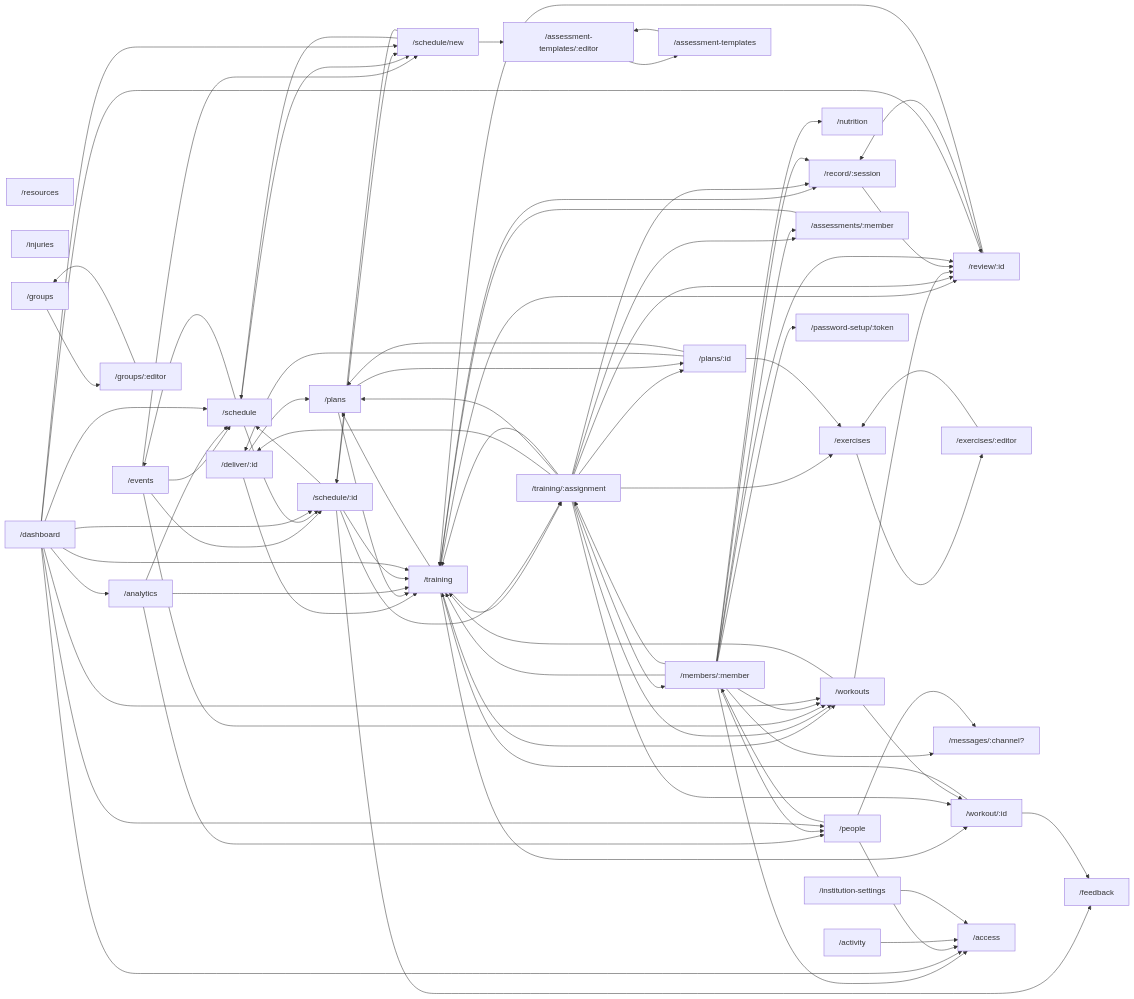
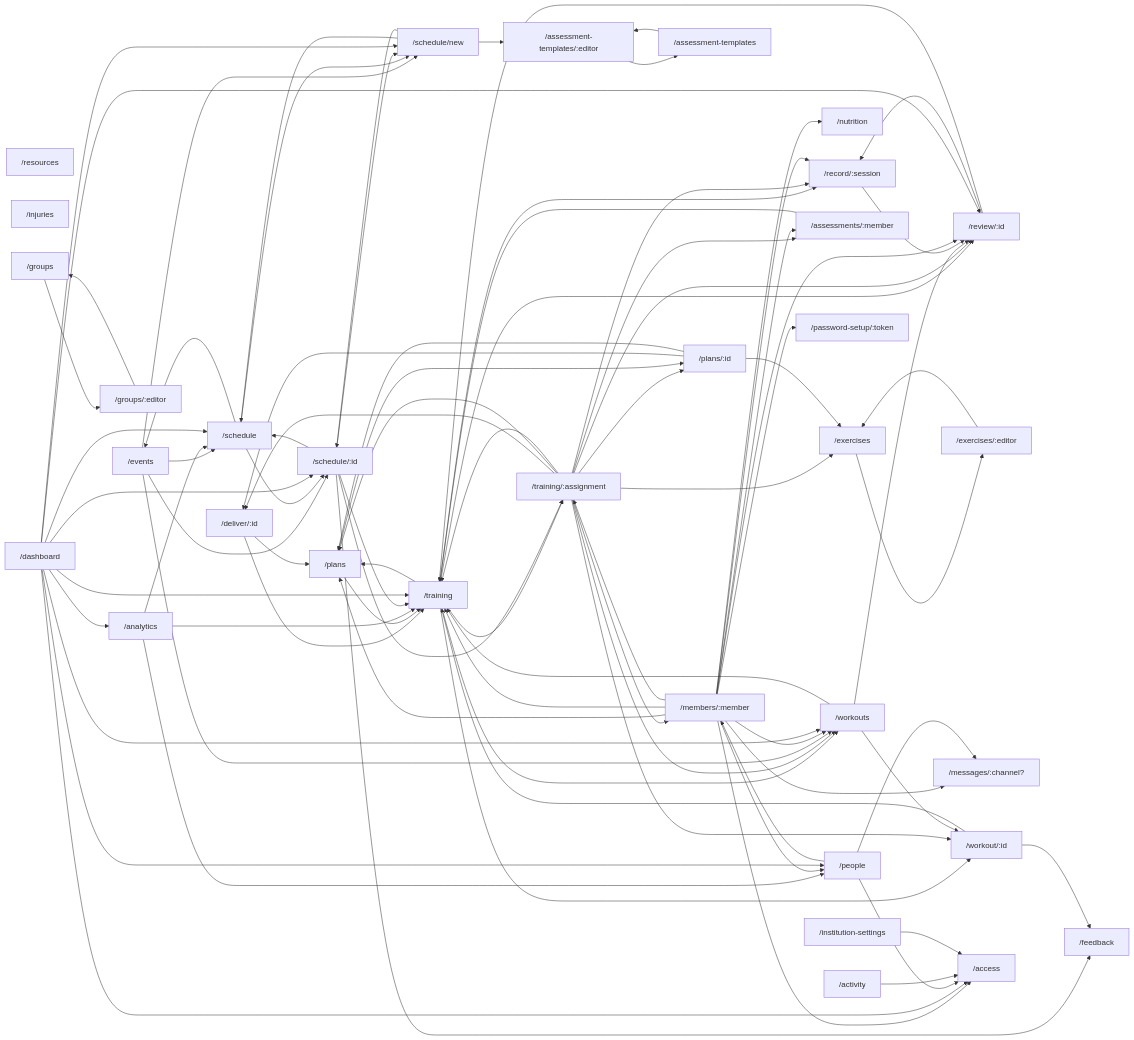
Before and after one commit to Rafik-Athlete-Managment/Rafik-OpenSource: the second of 2 diagrams in docs/reference/frontend/navigation.md, drawn with Mermaid. The commit also changed other lines of this file and 17 other files, not shown here.

```diff
--- a/docs/reference/frontend/navigation.md
+++ b/docs/reference/frontend/navigation.md
@@ -265,6 +265,7 @@
   r25 --> r13
   r25 --> r35
   r25 --> r28
+  r25 --> r7
   r25 --> r24
   r25 --> r6
   r25 --> r2
```
